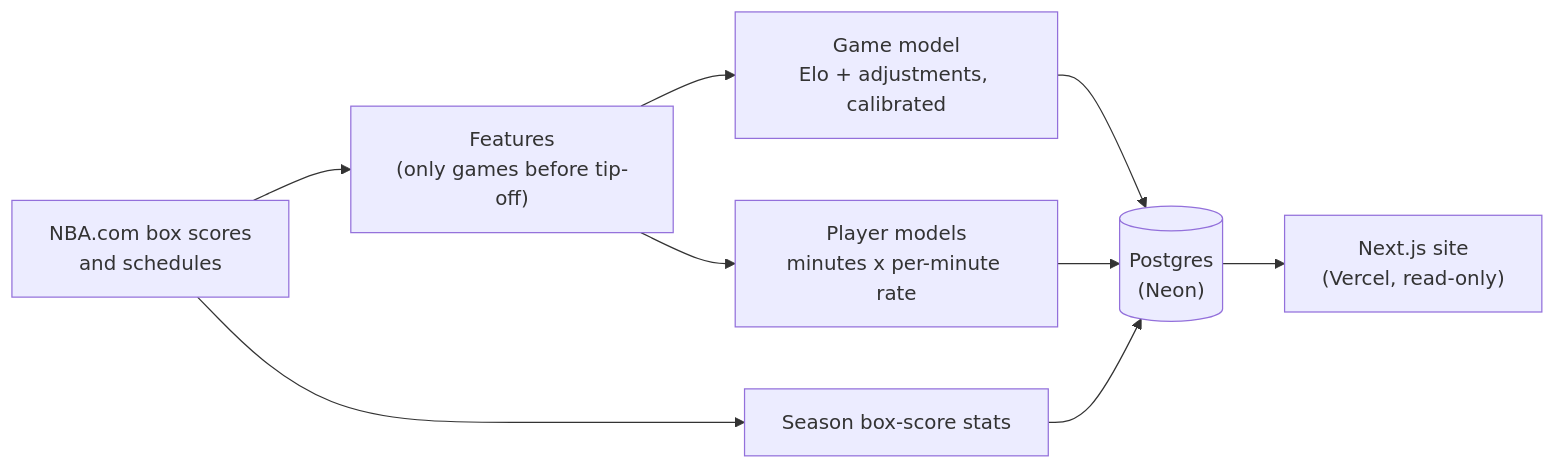
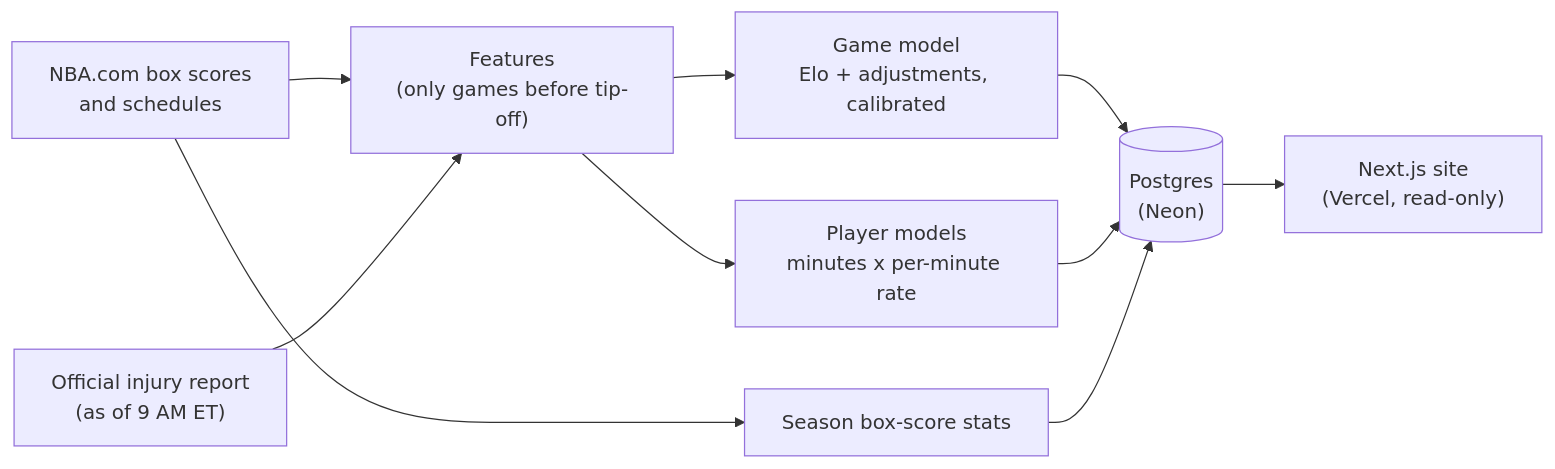
Before and after one commit to ivanx000/NBA: the diagram in README.md, drawn with Mermaid. The commit also changed other lines of this file and 1 other file, not shown here.

Commit message:
Roadmap: injury report deployed; README for model v4

````diff
--- a/README.md
+++ b/README.md
@@ -54,11 +54,12 @@
 ```mermaid
 flowchart LR
   A["NBA.com box scores<br/>and schedules"] --> B["Features<br/>(only games before tip-off)"]
+  I["Official injury report<br/>(as of 9 AM ET)"] --> B
   B --> C["Game model<br/>Elo + adjustments, calibrated"]
   B --> D["Player models<br/>minutes x per-minute rate"]
   A --> S["Season box-score stats"]
   C --> E[("Postgres<br/>(Neon)")]
   D --> E
   S --> E
   E --> F["Next.js site<br/>(Vercel, read-only)"]
 ```
````
